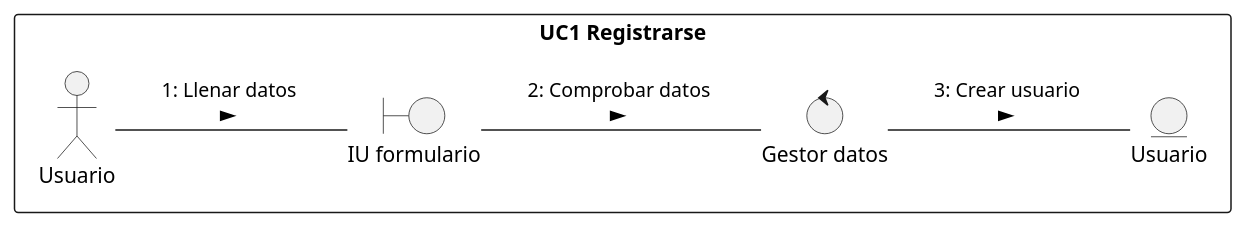
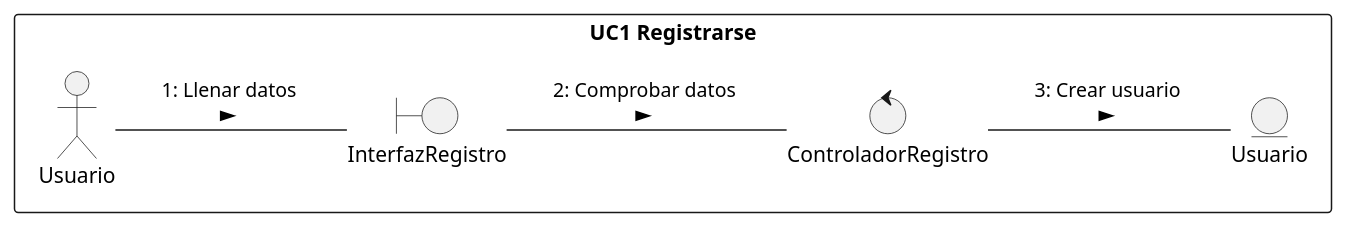
Before and after one commit to RolandoU548/Plataforma-Digital-IS: the diagram in docs/scenariosView/diagramas-de-colaboracion/DC1 .plantuml, drawn with PlantUML. The commit also changed 15 other files, not shown here.

Commit message:
diagrama colaboracion

```diff
--- a/docs/scenariosView/diagramas-de-colaboracion/DC1 .plantuml
+++ b/docs/scenariosView/diagramas-de-colaboracion/DC1 .plantuml
@@ -1,30 +1,30 @@
-@startuml r11
+@startuml DC1
 /'
     Crear el diagrama de clases de análisis y de colaboración de los casos de uso prioritarios del proyecto.
 
     Para conseguir el diagrama de clases seguir los siguientes pasos:
 
     1. Identificar las clases Entidad (Modelo)
     2. Identificar las clases Interfaz (Vista)
     3. Identificar las clases Control (Controlador)
     4. Identificar las relaciones entre estas clases
     
     Este diagrama debe ser específico de un caso de uso y las clases deben ser representadas con sus estereotipos.
     
     Para conseguir el diagrama de colaboración, identifique las relaciones (enlaces) entre los objetos y los requerimientos (mensajes) sobre cada objeto involucrado en la descripción del caso de uso.
 '/
 left to right direction
 
 rectangle "UC1 Registrarse"{
     actor Usuario 
     entity Usuario as e1
-    boundary "IU formulario" as i1
-    control "Gestor datos" as c1
+    boundary "InterfazRegistro" as i1
+    control "ControladorRegistro" as c1
 }
 Usuario -- i1 : "1: Llenar datos \n >"
 i1 -- c1 : "2: Comprobar datos \n >"
 c1 -- e1 : "3: Crear usuario \n >"
 
 
 
 @enduml
```
